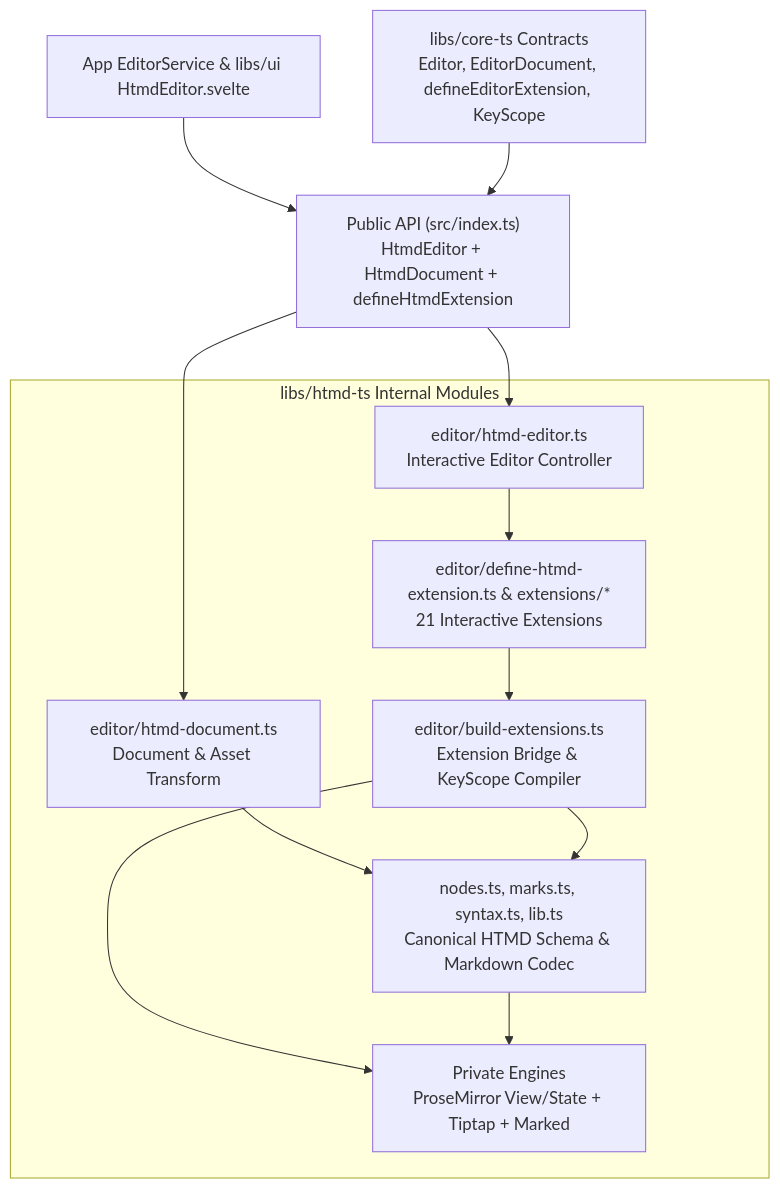
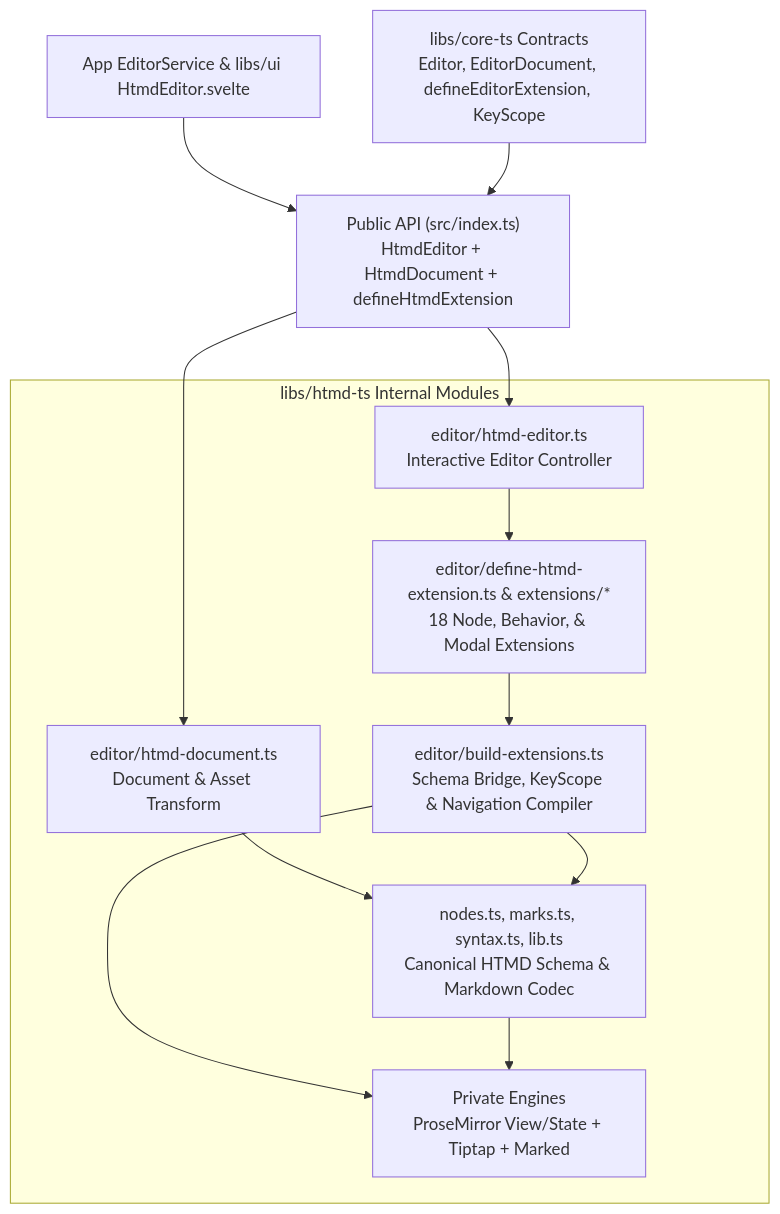
The first of 2 diagrams in docs/architecture/htmd-ts/index.md (hypertextual/hypertextual), drawn with Mermaid before and after one commit. The commit also changed other lines of this file and 4 other files, not shown here.

Commit message:
docs(architecture): rewrite editor and extension docs in simple English with diagrams and tables

````diff
--- a/docs/architecture/htmd-ts/index.md
+++ b/docs/architecture/htmd-ts/index.md
@@ -31,21 +31,21 @@
 ```mermaid
 flowchart TD
     Consumers["App EditorService & libs/ui HtmdEditor.svelte"]
     CoreTS["libs/core-ts Contracts<br/>Editor, EditorDocument, defineEditorExtension, KeyScope"]
     EditorAPI["Public API (src/index.ts)<br/>HtmdEditor + HtmdDocument + defineHtmdExtension"]
 
     subgraph HTMD["libs/htmd-ts Internal Modules"]
         HE["editor/htmd-editor.ts<br/>Interactive Editor Controller"]
         HD["editor/htmd-document.ts<br/>Document & Asset Transform"]
-        EXT["editor/define-htmd-extension.ts & extensions/*<br/>21 Interactive Extensions"]
-        BE["editor/build-extensions.ts<br/>Extension Bridge & KeyScope Compiler"]
+        EXT["editor/define-htmd-extension.ts & extensions/*<br/>18 Node, Behavior, & Modal Extensions"]
+        BE["editor/build-extensions.ts<br/>Schema Bridge, KeyScope & Navigation Compiler"]
         Schema["nodes.ts, marks.ts, syntax.ts, lib.ts<br/>Canonical HTMD Schema & Markdown Codec"]
         Engines["Private Engines<br/>ProseMirror View/State + Tiptap + Marked"]
     end
 
     Consumers & CoreTS --> EditorAPI
     EditorAPI --> HE & HD
     HE --> EXT --> BE
     HD & BE --> Schema
     BE & Schema --> Engines
 ```
````
